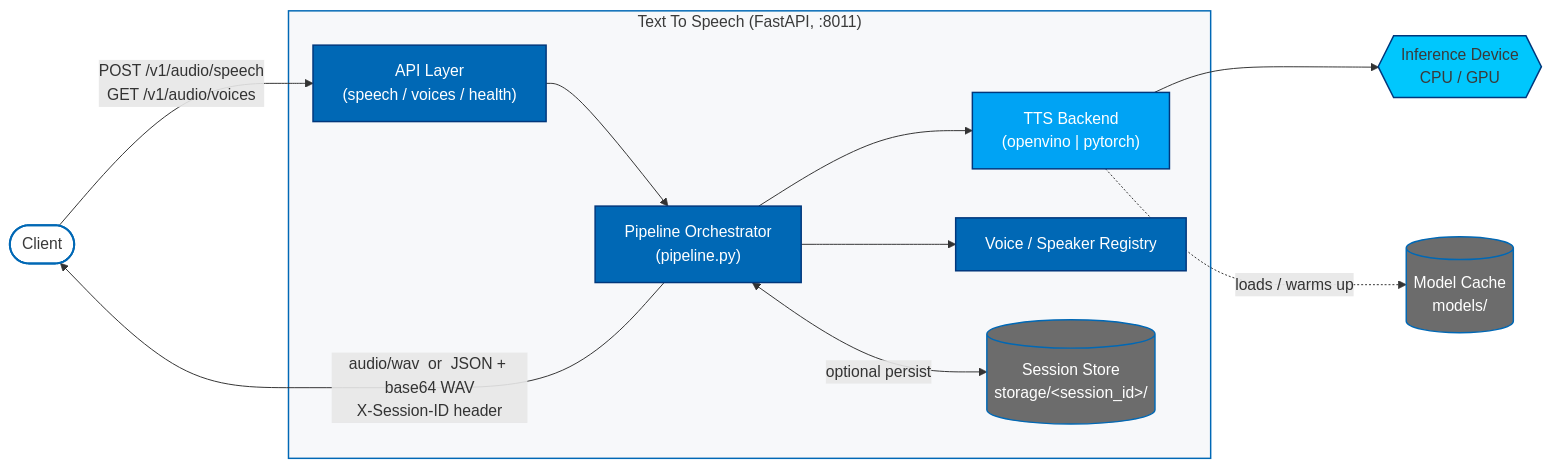
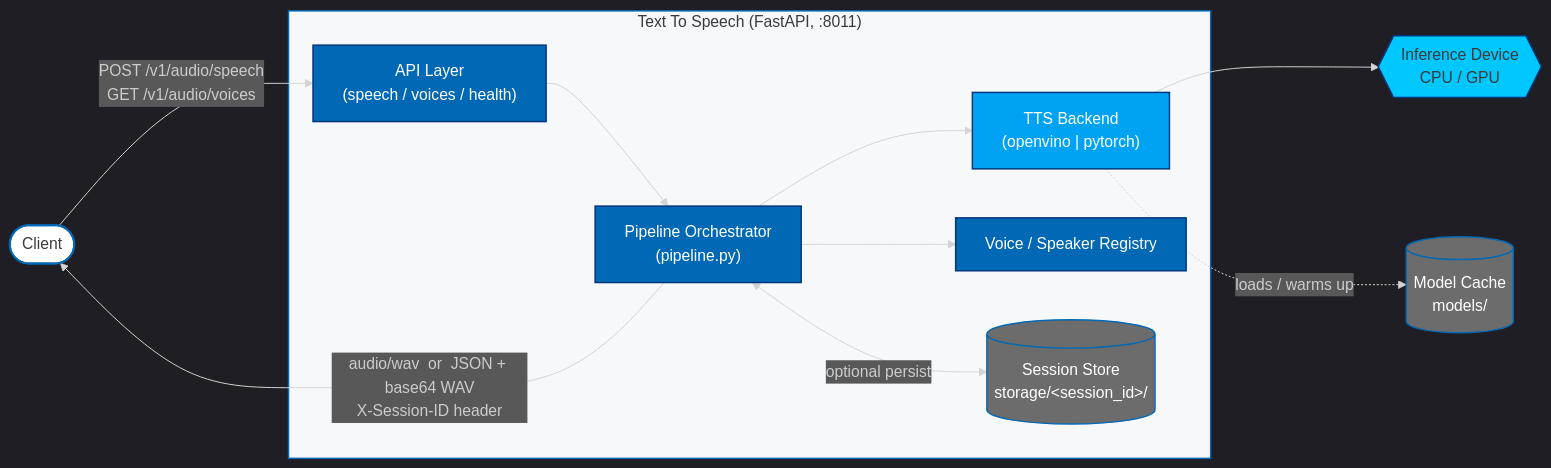
One commit to sgolebiewski-intel/edge-ai-libraries changed the diagram in microservices/text-to-speech/docs/user-guide/how-it-works.md. Above: the diagram before and after it, drawn with Mermaid. The commit also changed 9 other files, not shown here.

Commit message:
[DOCS] Review ASCII and Mermaid diagrams - 26.2 (#3107)

````diff
--- a/microservices/text-to-speech/docs/user-guide/how-it-works.md
+++ b/microservices/text-to-speech/docs/user-guide/how-it-works.md
@@ -14,58 +14,61 @@
 ```mermaid
+---
+config: {"theme": "dark"}
+---
 %%{init: {
   'theme': 'base',
   'themeVariables': {
     'fontFamily': '"IntelOne Display", "Intel Clear", "Inter", "Segoe UI", Arial, sans-serif',
     'fontSize': '14px',
     'primaryColor': '#0068B5',
     'primaryTextColor': '#FFFFFF',
     'primaryBorderColor': '#00377C',
     'lineColor': '#00377C',
     'secondaryColor': '#EEF3F8',
     'tertiaryColor': '#F7F8FA',
     'background': '#FFFFFF',
     'mainBkg': '#FFFFFF',
     'clusterBkg': '#F7F8FA',
     'clusterBorder': '#0068B5',
     'edgeLabelBackground': '#FFFFFF',
     'noteBkgColor': '#F7F8FA',
     'noteTextColor': '#3A3A3A'
   }
 }}%%
 flowchart LR
     Client([Client])
 
     subgraph Service["Text To Speech (FastAPI, :8011)"]
         API["API Layer<br/>(speech / voices / health)"]
         Pipeline["Pipeline Orchestrator<br/>(pipeline.py)"]
         Backend["TTS Backend<br/>(openvino | pytorch)"]
         Voices["Voice / Speaker Registry"]
         Session[("Session Store<br/>storage/&lt;session_id&gt;/")]
     end
 
     Models[("Model Cache<br/>models/")]
     Device{{"Inference Device<br/>CPU / GPU"}}
 
     Client -- "POST /v1/audio/speech<br/>GET /v1/audio/voices" --> API
     API --> Pipeline
     Pipeline --> Voices
     Pipeline --> Backend
     Backend --> Device
     Backend -. loads / warms up .-> Models
     Pipeline <-- "optional persist" --> Session
     Pipeline -- "audio/wav  or  JSON + base64 WAV<br/>X-Session-ID header" --> Client
 
     classDef client fill:#FFFFFF,stroke:#0068B5,stroke-width:2px,color:#3A3A3A;
     classDef core fill:#0068B5,stroke:#00377C,stroke-width:1.5px,color:#FFFFFF;
     classDef backend fill:#00A3F4,stroke:#00377C,stroke-width:1.5px,color:#FFFFFF;
     classDef store fill:#6C6C6C,stroke:#0068B5,stroke-width:1.5px,color:#FFFFFF;
     classDef device fill:#00C7FD,stroke:#00377C,stroke-width:1.5px,color:#3A3A3A;
 
     class Client client;
     class API,Pipeline,Voices core;
     class Backend backend;
     class Session,Models store;
     class Device device;
 
     style Service fill:#F7F8FA,stroke:#0068B5,stroke-width:1.5px,color:#3A3A3A;
 ```
````
